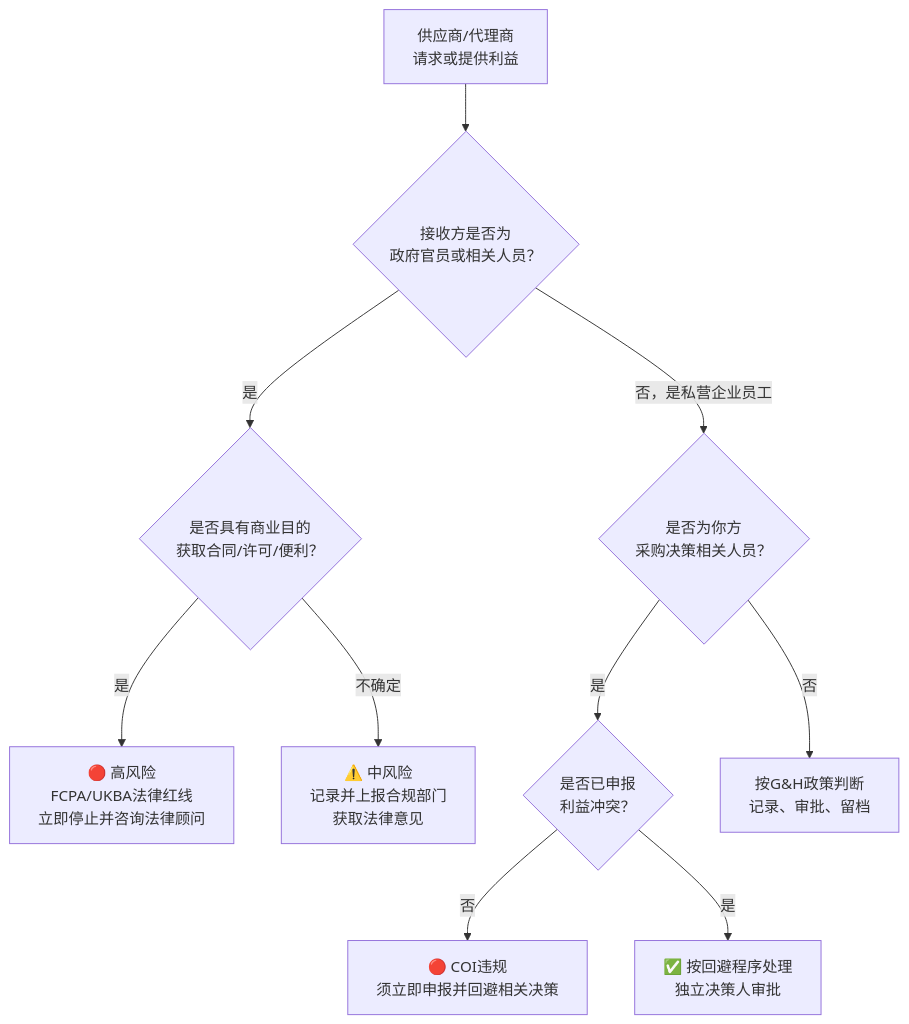
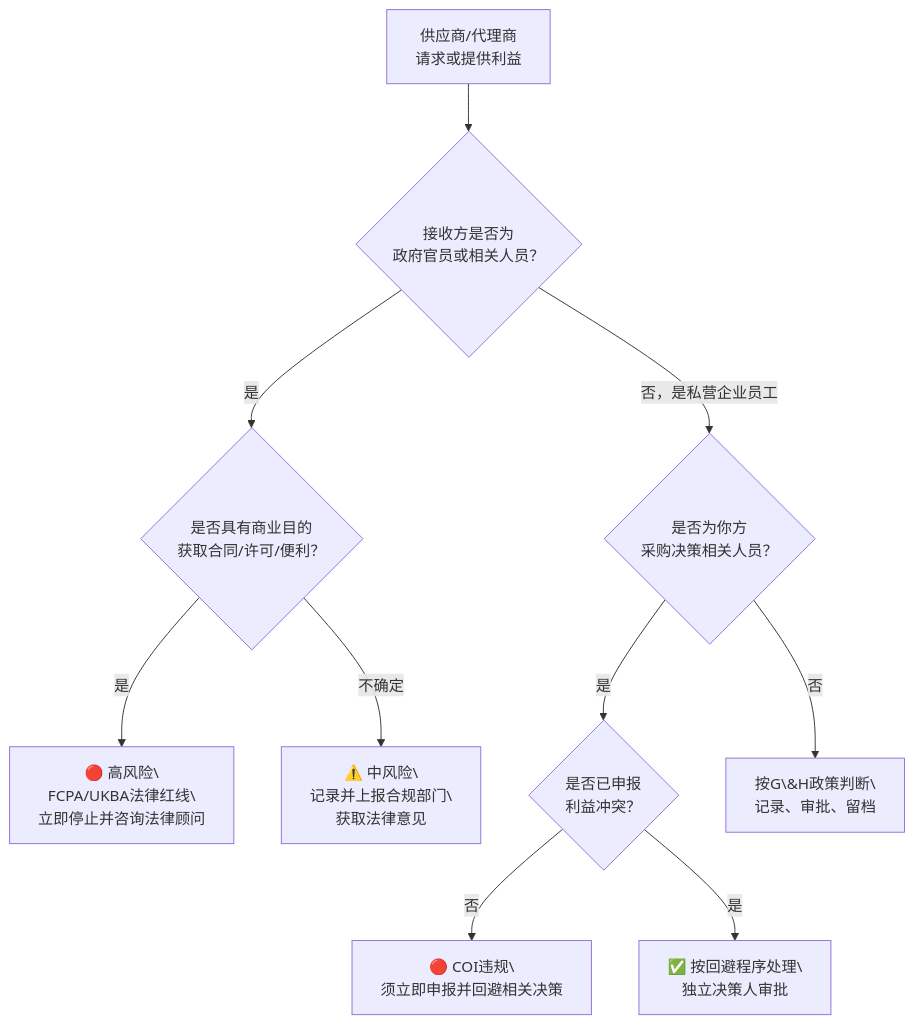
One commit to ddg-cn/ddg-site changed the second of 6 diagrams in docs/zh/ethics-guide.md. Above: the diagram before and after it, drawn with Mermaid. The commit also changed other lines of this file and 13 other files, not shown here.

````diff
--- a/docs/zh/ethics-guide.md
+++ b/docs/zh/ethics-guide.md
@@ -126,12 +128,12 @@
 ```mermaid
 flowchart TD
-    A[供应商/代理商<br/>请求或提供利益] --> B{接收方是否为<br/>政府官员或相关人员？}
+    A\[供应商/代理商<br/>请求或提供利益] --> B{接收方是否为<br/>政府官员或相关人员？}
     B -->|是| C{是否具有商业目的<br/>获取合同/许可/便利？}
     B -->|否，是私营企业员工| D{是否为你方<br/>采购决策相关人员？}
-    C -->|是| E["🔴 高风险\nFCPA/UKBA法律红线\n立即停止并咨询法律顾问"]
-    C -->|不确定| F["⚠️ 中风险\n记录并上报合规部门\n获取法律意见"]
+    C -->|是| E\["🔴 高风险\\nFCPA/UKBA法律红线\\n立即停止并咨询法律顾问"]
+    C -->|不确定| F\["⚠️ 中风险\\n记录并上报合规部门\\n获取法律意见"]
     D -->|是| G{是否已申报<br/>利益冲突？}
-    D -->|否| H["按G&H政策判断\n记录、审批、留档"]
-    G -->|否| I["🔴 COI违规\n须立即申报并回避相关决策"]
-    G -->|是| J["✅ 按回避程序处理\n独立决策人审批"]
+    D -->|否| H\["按G\&H政策判断\\n记录、审批、留档"]
+    G -->|否| I\["🔴 COI违规\\n须立即申报并回避相关决策"]
+    G -->|是| J\["✅ 按回避程序处理\\n独立决策人审批"]
 ```
````
